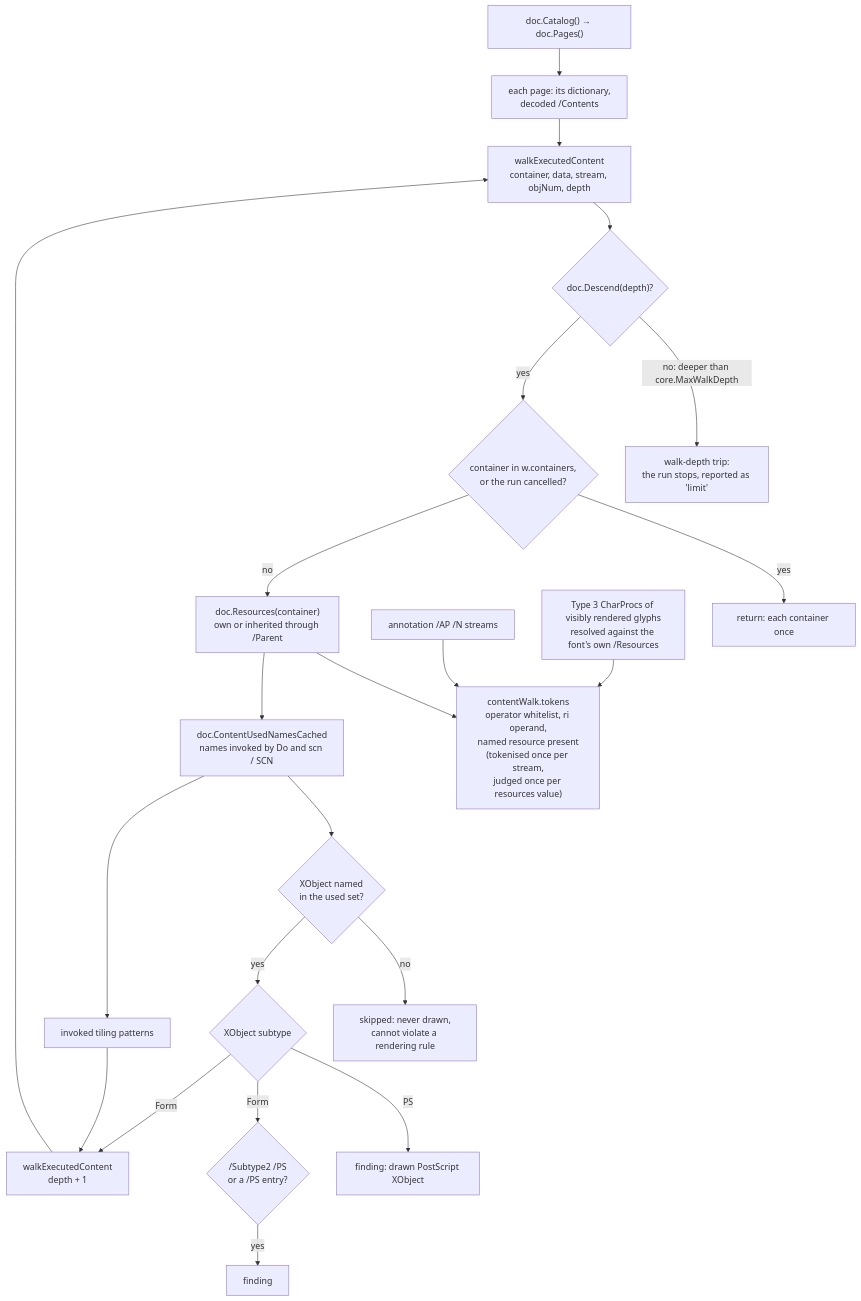
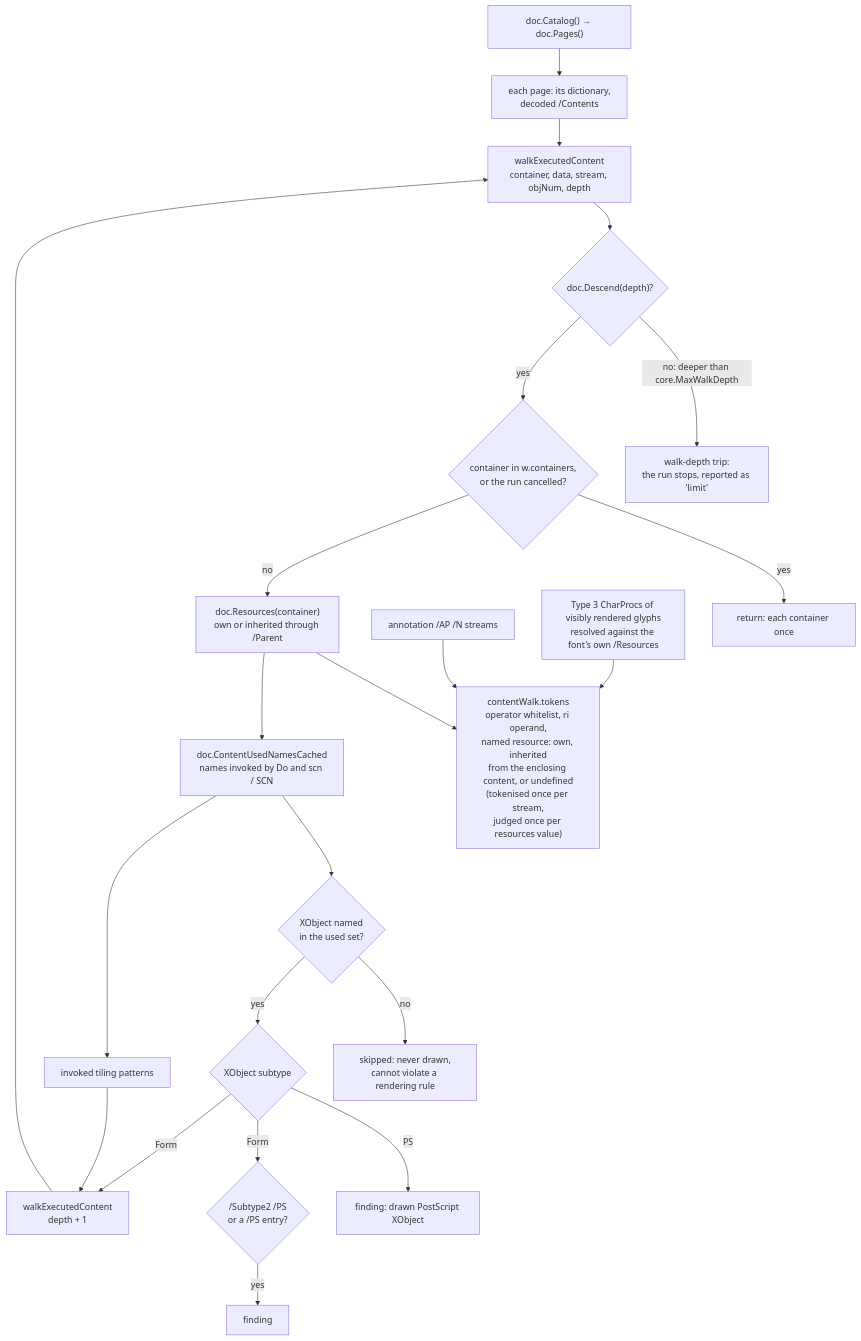
The second of 2 diagrams in docs/pdfa.md (mgilbir/pdf0), drawn with Mermaid before and after one commit. The commit also changed other lines of this file and 13 other files, not shown here.

````diff
--- a/docs/pdfa.md
+++ b/docs/pdfa.md
@@ -493,24 +498,24 @@
 ```mermaid
 flowchart TD
     C["doc.Catalog() → doc.Pages()"] --> P["each page: its dictionary,<br/>decoded /Contents"]
     P --> W["walkExecutedContent<br/>container, data, stream, objNum, depth"]
     W --> DG{"doc.Descend(depth)?"}
     DG -->|"no: deeper than core.MaxWalkDepth"| TRIP["walk-depth trip:<br/>the run stops, reported as 'limit'"]
     DG -->|yes| S{"container in w.containers,<br/>or the run cancelled?"}
     S -->|yes| STOP["return: each container once"]
     S -->|no| RES["doc.Resources(container)<br/>own or inherited through /Parent"]
-    RES --> T["contentWalk.tokens<br/>operator whitelist, ri operand,<br/>named resource present<br/>(tokenised once per stream,<br/>judged once per resources value)"]
+    RES --> T["contentWalk.tokens<br/>operator whitelist, ri operand,<br/>named resource: own, inherited<br/>from the enclosing content, or undefined<br/>(tokenised once per stream,<br/>judged once per resources value)"]
     RES --> U["doc.ContentUsedNamesCached<br/>names invoked by Do and scn / SCN"]
     U --> X{"XObject named<br/>in the used set?"}
     X -->|no| SKIP["skipped: never drawn,<br/>cannot violate a rendering rule"]
     X -->|yes| K{"XObject subtype"}
     K -->|PS| V["finding: drawn PostScript XObject"]
     K -->|Form| F2{"/Subtype2 /PS<br/>or a /PS entry?"}
     F2 -->|yes| V2["finding"]
     K -->|Form| W2["walkExecutedContent<br/>depth + 1"]
     U --> PT["invoked tiling patterns"] --> W2
     W2 --> W
 
     AP["annotation /AP /N streams"] --> T
     T3["Type 3 CharProcs of visibly rendered glyphs<br/>resolved against the font's own /Resources"] --> T
 ```
````
